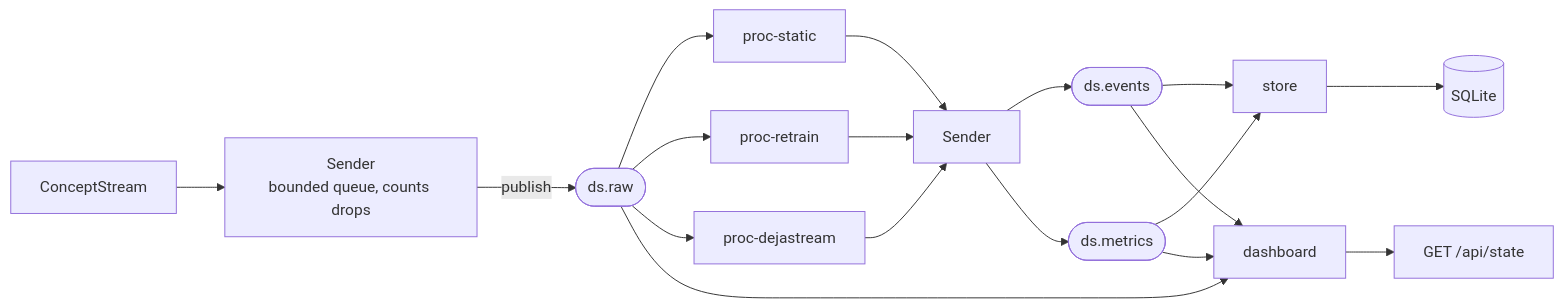
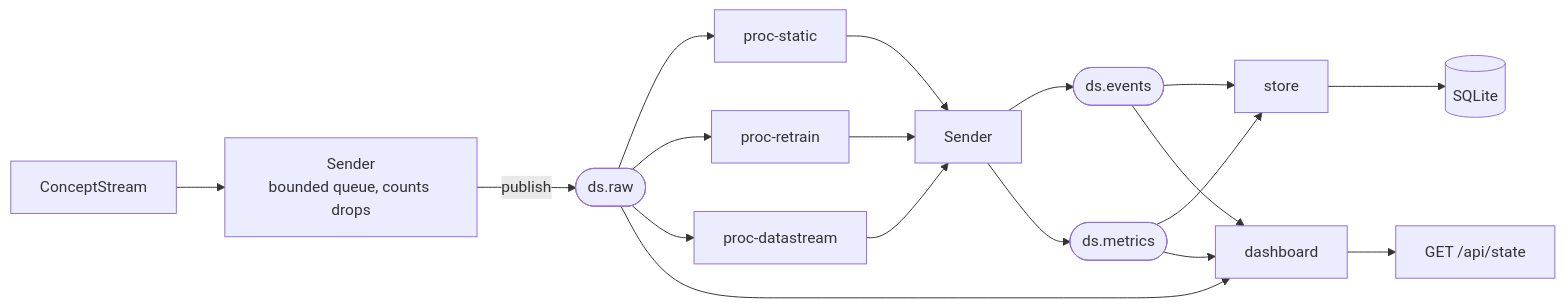
Before and after one commit to heytanix/Datastream: the second of 7 diagrams in README.md, drawn with Mermaid. The commit also changed other lines of this file and 83 other files, not shown here.

````diff
--- a/README.md
+++ b/README.md
@@ -107,18 +107,18 @@
 ```mermaid
 flowchart LR
   SRC["ConceptStream"] --> SND1["Sender<br/>bounded queue, counts drops"]
   SND1 -->|publish| RAW(["ds.raw"])
   RAW --> G1["proc-static"]
   RAW --> G2["proc-retrain"]
-  RAW --> G3["proc-dejastream"]
+  RAW --> G3["proc-datastream"]
   RAW --> G5["dashboard"]
   G1 & G2 & G3 --> SND2["Sender"]
   SND2 --> EV(["ds.events"])
   SND2 --> ME(["ds.metrics"])
   EV --> G4["store"]
   ME --> G4
   EV --> G5
   ME --> G5
   G4 --> DB[("SQLite")]
   G5 --> WEB["GET /api/state"]
 ```
````
